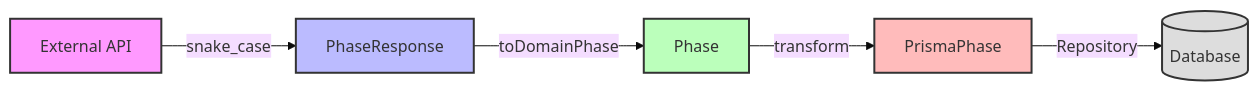
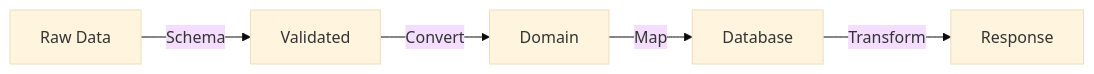
The eighth of 11 diagrams in documentation/design/Type_Management_Design.md (tonglam/letletme_data), drawn with Mermaid (base theme) before and after one commit. The commit also changed other lines of this file and 15 other files, not shown here.

````diff
--- a/documentation/design/Type_Management_Design.md
+++ b/documentation/design/Type_Management_Design.md
@@ -79,13 +198,7 @@
 ```mermaid
 graph LR
-    A[External API] -->|snake_case| B[PhaseResponse]
-    B -->|toDomainPhase| C[Phase]
-    C -->|transform| D[PrismaPhase]
-    D -->|Repository| E[(Database)]
-
-    style A fill:#f9f,stroke:#333,stroke-width:2px
-    style B fill:#bbf,stroke:#333,stroke-width:2px
-    style C fill:#bfb,stroke:#333,stroke-width:2px
-    style D fill:#fbb,stroke:#333,stroke-width:2px
-    style E fill:#ddd,stroke:#333,stroke-width:2px
+    A[Raw Data] -->|Schema| B[Validated]
+    B -->|Convert| C[Domain]
+    C -->|Map| D[Database]
+    D -->|Transform| E[Response]
 ```
````
